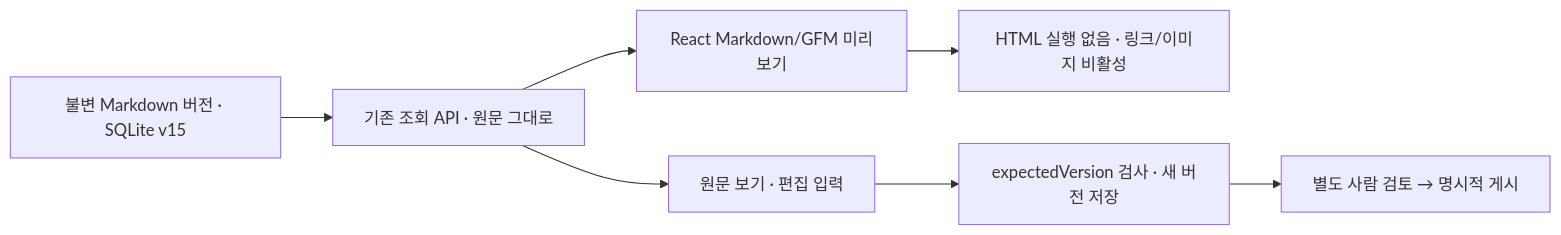
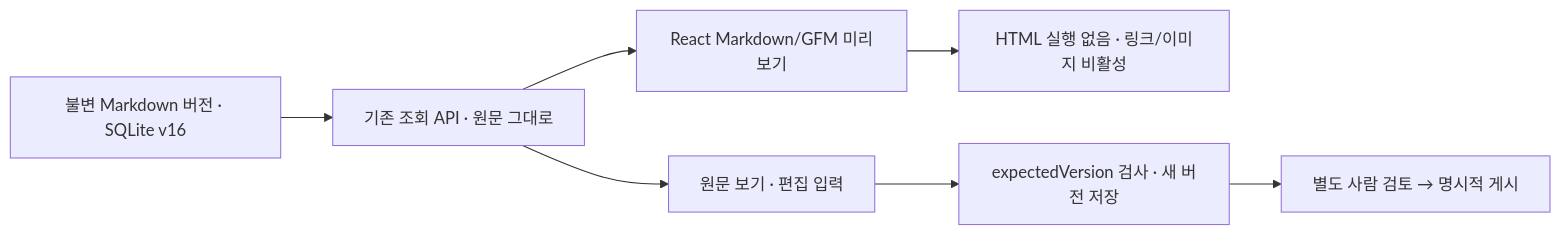
Before and after one commit to thisisnew/dougle: the seventh of 7 diagrams in docs/design-map.md, drawn with Mermaid. The commit also changed other lines of this file and 33 other files, not shown here.

````diff
--- a/docs/design-map.md
+++ b/docs/design-map.md
@@ -268,9 +268,9 @@
 ```mermaid
 flowchart LR
-  Version["불변 Markdown 버전 · SQLite v15"] --> API["기존 조회 API · 원문 그대로"]
+  Version["불변 Markdown 버전 · SQLite v16"] --> API["기존 조회 API · 원문 그대로"]
   API --> Preview["React Markdown/GFM 미리보기"]
   API --> Raw["원문 보기 · 편집 입력"]
   Preview --> Safe["HTML 실행 없음 · 링크/이미지 비활성"]
   Raw --> Save["expectedVersion 검사 · 새 버전 저장"]
   Save --> Review["별도 사람 검토 → 명시적 게시"]
 ```
````
